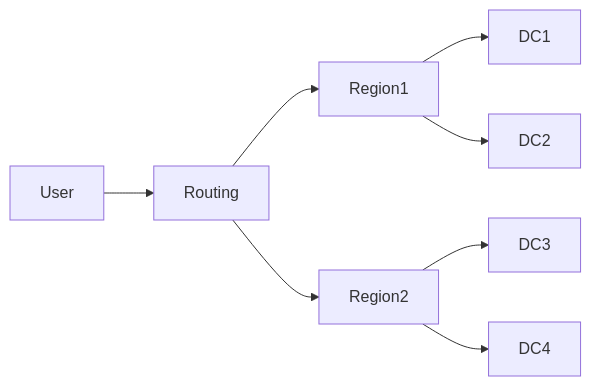
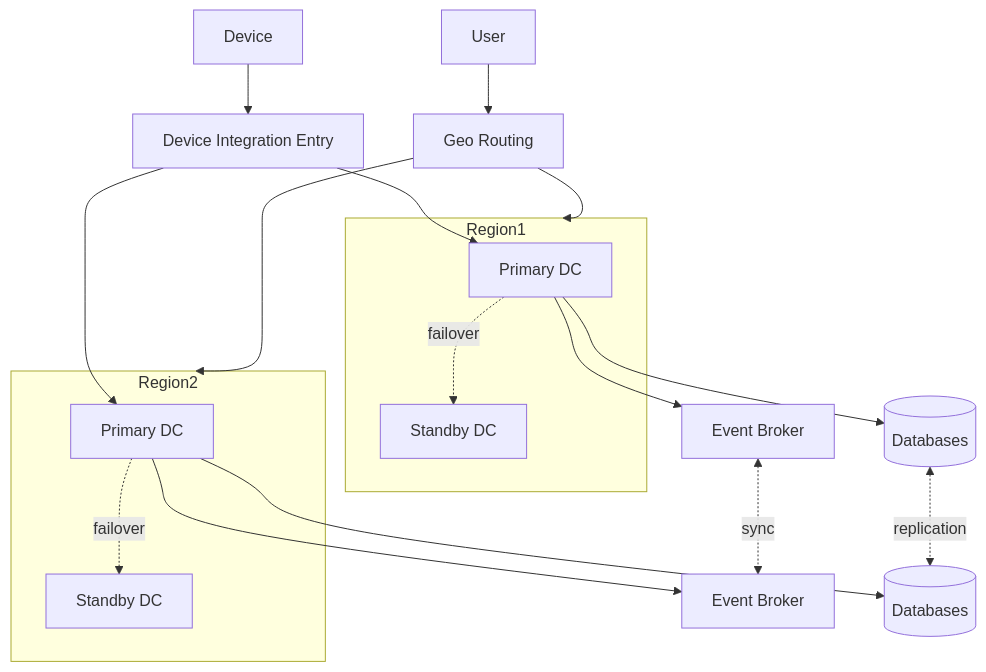
Before and after one commit to HiddenFox29/Athletica: the sixth of 7 diagrams in 03-architecture/architecture-views.md, drawn with Mermaid. The commit also changed other lines of this file and 1 other file, not shown here.

Commit message:
Исправлен architecture-views.md

````diff
--- a/03-architecture/architecture-views.md
+++ b/03-architecture/architecture-views.md
@@ -185,12 +269,33 @@
 ```mermaid
-flowchart LR
-    User --> Routing
+flowchart TB
+    User --> Routing[Geo Routing]
+    Device --> DeviceIngress[Device Integration Entry]
+
     Routing --> Region1
     Routing --> Region2
 
-    Region1 --> DC1
-    Region1 --> DC2
+    subgraph Region1
+        DC1[Primary DC]
+        DC2[Standby DC]
+        DC1 -. failover .-> DC2
+    end
 
-    Region2 --> DC3
-    Region2 --> DC4
+    subgraph Region2
+        DC3[Primary DC]
+        DC4[Standby DC]
+        DC3 -. failover .-> DC4
+    end
+
+    DC1 --> Broker1[Event Broker]
+    DC3 --> Broker2[Event Broker]
+
+    Broker1 <-. sync .-> Broker2
+
+    DC1 --> DB1[(Databases)]
+    DC3 --> DB2[(Databases)]
+
+    DB1 <-. replication .-> DB2
+
+    DeviceIngress --> DC1
+    DeviceIngress --> DC3
 ```
````
